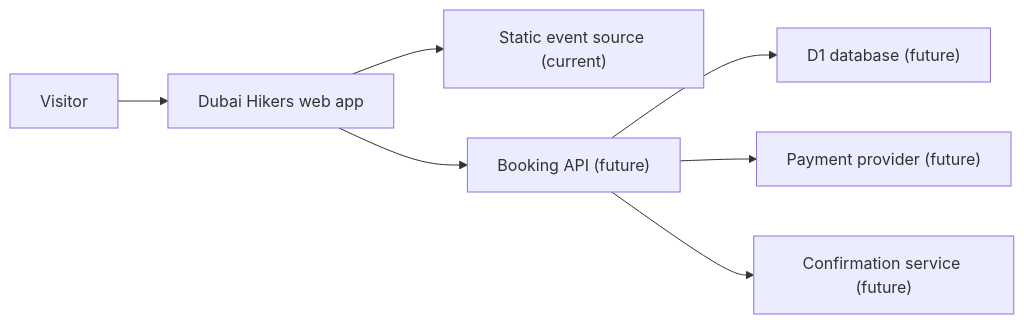
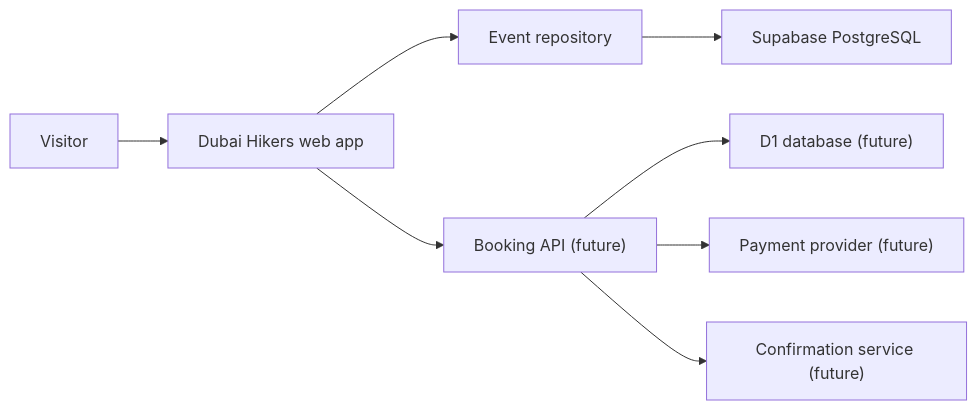
One commit to rathish24/dubaihikers changed the first of 4 diagrams in docs/architecture.md. Above: the diagram before and after it, drawn with Mermaid. The commit also changed other lines of this file and 30 other files, not shown here.

Commit message:
Add Supabase event catalogue

````diff
--- a/docs/architecture.md
+++ b/docs/architecture.md
@@ -22,9 +22,10 @@
 ```mermaid
 flowchart LR
     Visitor["Visitor"] --> Web["Dubai Hikers web app"]
-    Web --> Static["Static event source (current)"]
+    Web --> EventsRepository["Event repository"]
+    EventsRepository --> Supabase["Supabase PostgreSQL"]
     Web --> BookingAPI["Booking API (future)"]
     BookingAPI --> D1["D1 database (future)"]
     BookingAPI --> Payment["Payment provider (future)"]
     BookingAPI --> Email["Confirmation service (future)"]
 ```
````
